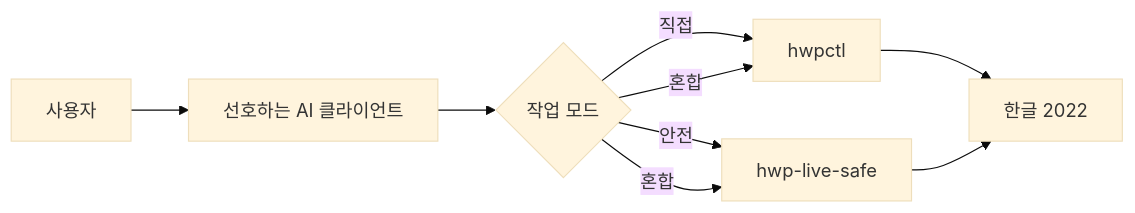
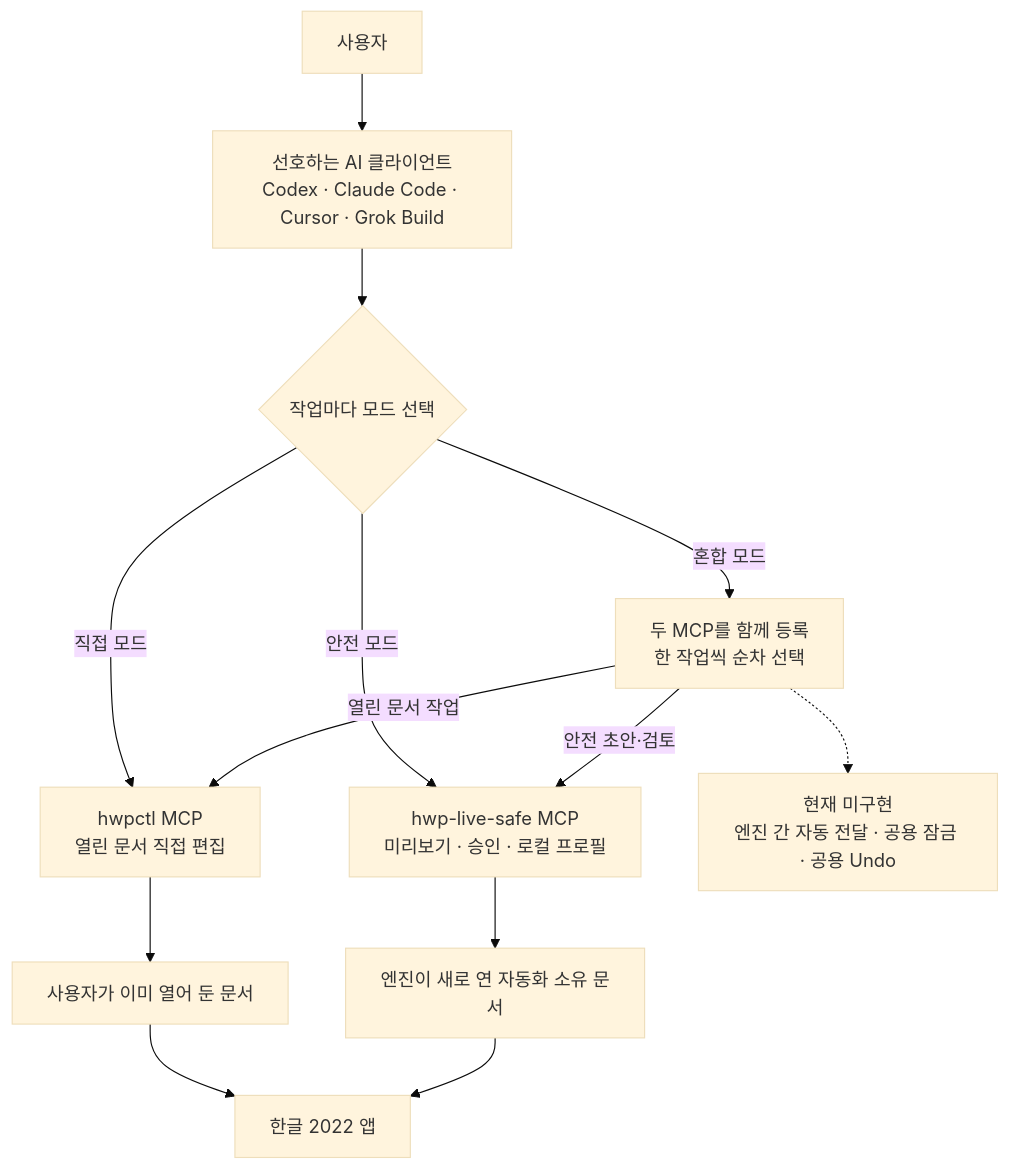
One commit to Jasujung99/hwp-ai-bridge changed the diagram in README.md. Above: the diagram before and after it, drawn with Mermaid (base theme). The commit also changed other lines of this file and 20 other files, not shown here.

````diff
--- a/README.md
+++ b/README.md
@@ -20,11 +14,18 @@
 ```mermaid
-flowchart LR
-    U[사용자] --> A[선호하는 AI 클라이언트]
-    A --> M{작업 모드}
-    M -->|직접| D[hwpctl]
-    M -->|안전| S[hwp-live-safe]
-    M -->|혼합| D
-    M -->|혼합| S
-    D --> H[한글 2022]
-    S --> H
+flowchart TB
+    U["사용자"] --> C["선호하는 AI 클라이언트<br/>Codex · Claude Code · Cursor · Grok Build"]
+    C --> M{"작업마다 모드 선택"}
+
+    M -->|"직접 모드"| D["hwpctl MCP<br/>열린 문서 직접 편집"]
+    D --> OD["사용자가 이미 열어 둔 문서"]
+    OD --> H["한글 2022 앱"]
+
+    M -->|"안전 모드"| S["hwp-live-safe MCP<br/>미리보기 · 승인 · 로컬 프로필"]
+    S --> ND["엔진이 새로 연 자동화 소유 문서"]
+    ND --> H
+
+    M -->|"혼합 모드"| Q["두 MCP를 함께 등록<br/>한 작업씩 순차 선택"]
+    Q -->|"열린 문서 작업"| D
+    Q -->|"안전 초안·검토"| S
+    Q -.-> X["현재 미구현<br/>엔진 간 자동 전달 · 공용 잠금 · 공용 Undo"]
 ```
````
